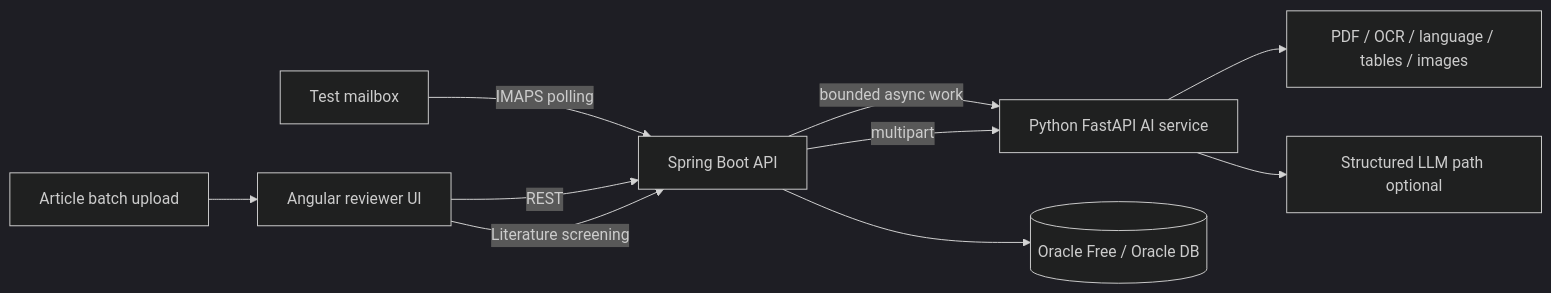
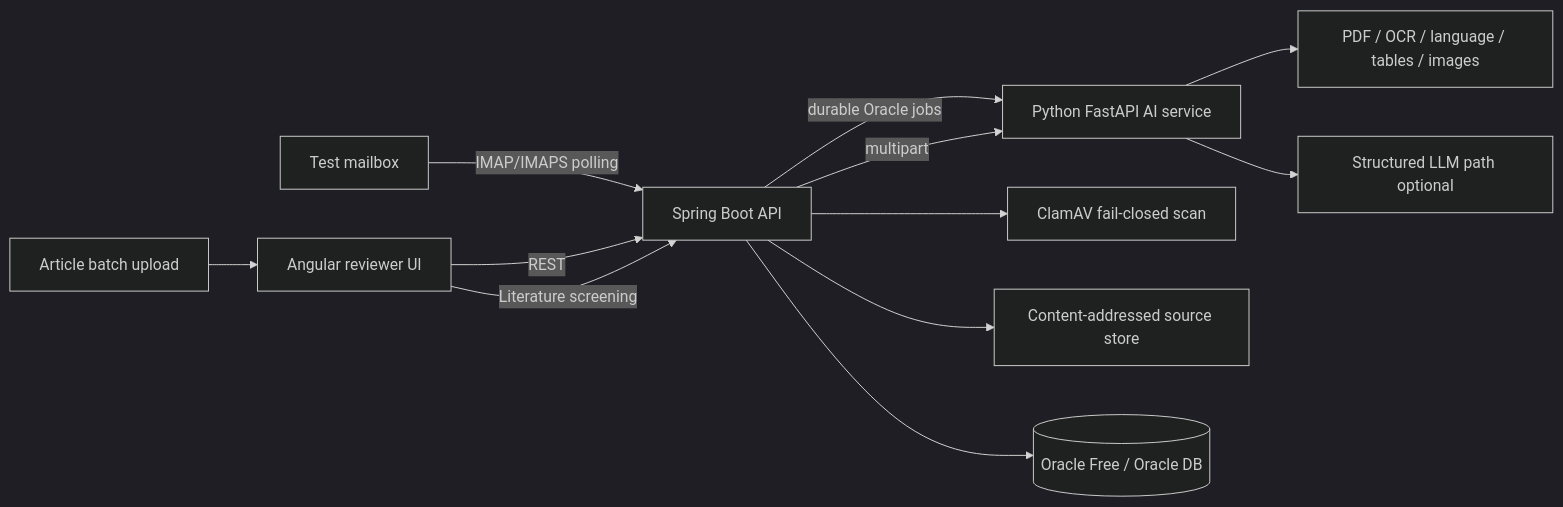
The diagram in README.md (Aravindh-dev12/clinevo-inbox-ai), drawn with Mermaid (dark theme) before and after one commit. The commit also changed other lines of this file, not shown here.

````diff
--- a/README.md
+++ b/README.md
@@ -11,12 +11,14 @@
 ```mermaid
 flowchart LR
-    M[Test mailbox] -->|IMAPS polling| B[Spring Boot API]
-    B -->|bounded async work| P[Python FastAPI AI service]
+    M[Test mailbox] -->|IMAP/IMAPS polling| B[Spring Boot API]
+    B -->|durable Oracle jobs| P[Python FastAPI AI service]
+    B --> AV[ClamAV fail-closed scan]
+    B --> DS[Content-addressed source store]
     P --> OCR[PDF / OCR / language / tables / images]
     P --> LLM[Structured LLM path optional]
     B --> O[(Oracle Free / Oracle DB)]
     A[Angular reviewer UI] -->|REST| B
     U[Article batch upload] --> A
     A -->|Literature screening| B
     B -->|multipart| P
 ```
````
